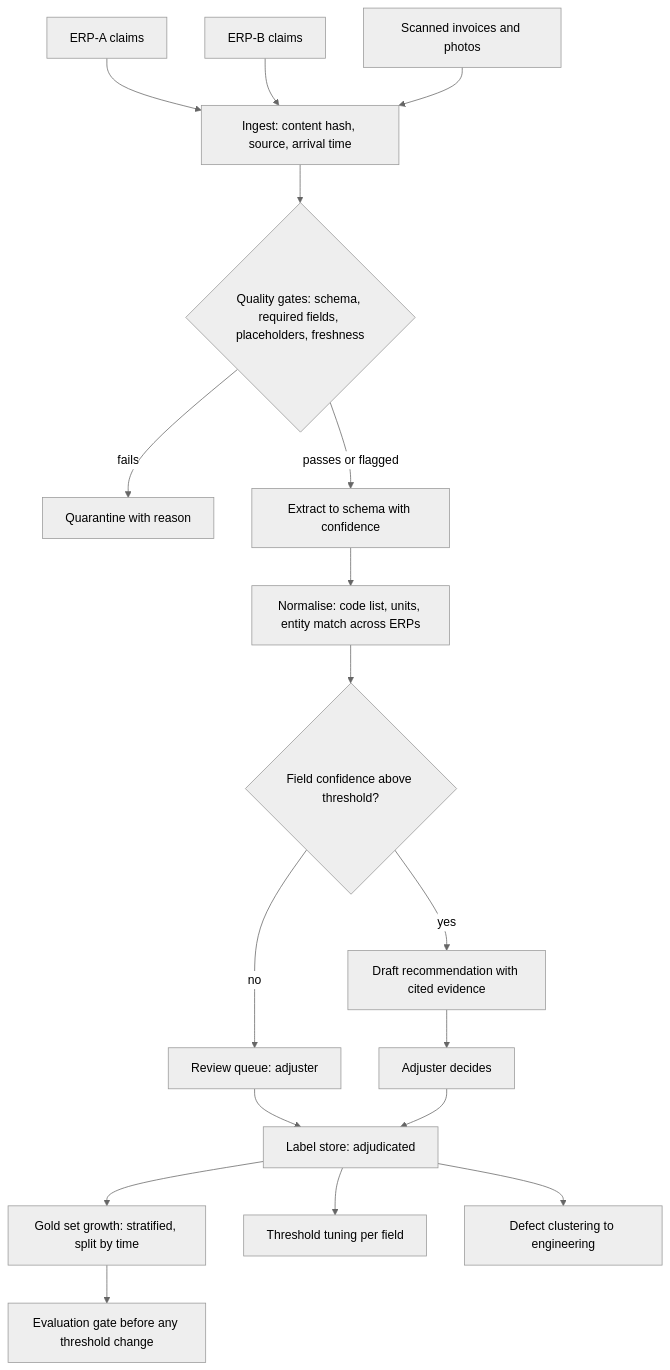
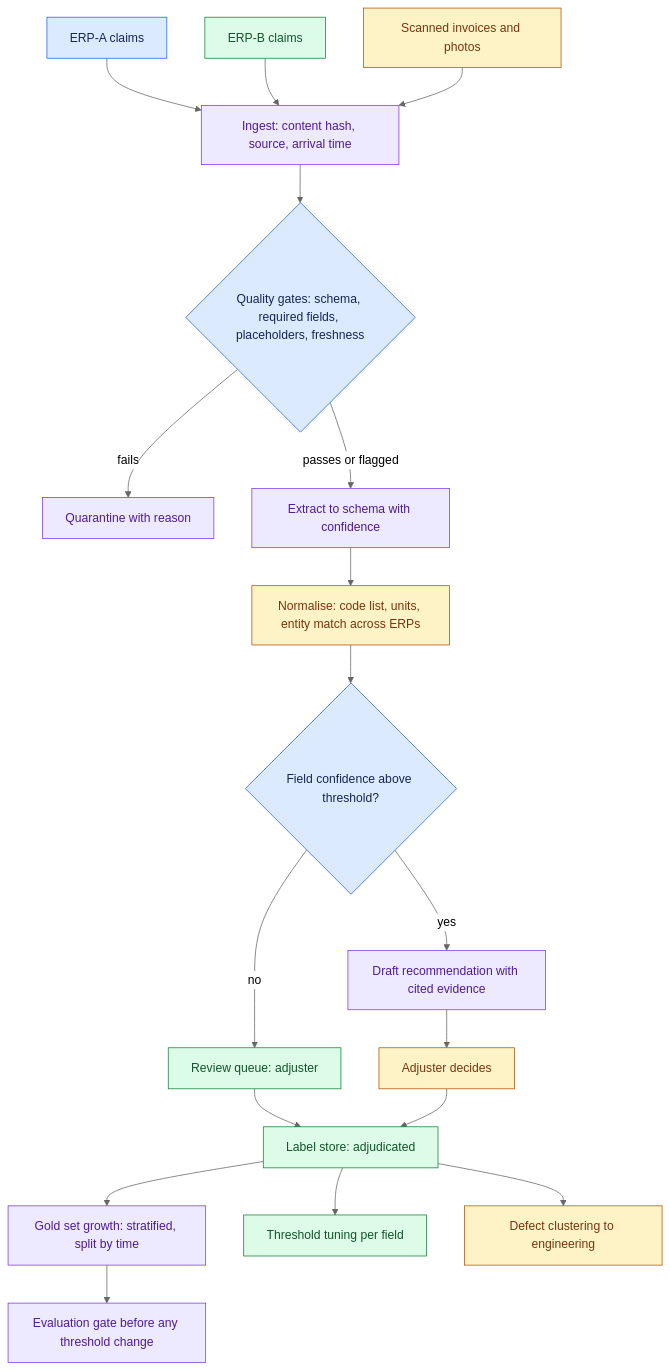
The second of 2 diagrams in site/content/modules/15-fde-case-studies/judgement-and-decomposition/build-when-customer-data-is-poor/guide-part-2.md (Sourav692/Forward-Deployed-Engineer-Interview-Prep), drawn with Mermaid (neutral theme) before and after one commit. The commit also changed other lines of this file and 1268 other files, not shown here.

First line of the commit message:
content: polish Casebook writing and Mermaid diagrams (#251)

````diff
--- a/site/content/modules/15-fde-case-studies/judgement-and-decomposition/build-when-customer-data-is-poor/guide-part-2.md
+++ b/site/content/modules/15-fde-case-studies/judgement-and-decomposition/build-when-customer-data-is-poor/guide-part-2.md
@@ -76,20 +95,30 @@
 ```mermaid
 flowchart TD
     A[ERP-A claims] --> I[Ingest: content hash, source, arrival time]
     B[ERP-B claims] --> I
     S[Scanned invoices and photos] --> I
     I --> V{Quality gates: schema, required fields, placeholders, freshness}
     V -- fails --> Q[Quarantine with reason]
     V -- passes or flagged --> X[Extract to schema with confidence]
     X --> N[Normalise: code list, units, entity match across ERPs]
     N --> C{Field confidence above threshold?}
     C -- yes --> D[Draft recommendation with cited evidence]
     C -- no --> R[Review queue: adjuster]
     D --> AD[Adjuster decides]
     R --> L[Label store: adjudicated]
     AD --> L
     L --> G[Gold set growth: stratified, split by time]
     L --> T[Threshold tuning per field]
     L --> K[Defect clustering to engineering]
     G --> E[Evaluation gate before any threshold change]
+
+    %% Casebook colours: entry, reasoning, results, controls, and stopped paths.
+    classDef cbInput fill:#dbeafe,stroke:#2563eb,color:#172554
+    class A,V,C cbInput
+    classDef cbReason fill:#ede9fe,stroke:#7c3aed,color:#4c1d95
+    class I,Q,X,D,G,E cbReason
+    classDef cbAction fill:#dcfce7,stroke:#15803d,color:#14532d
+    class B,R,L,T cbAction
+    classDef cbPolicy fill:#fef3c7,stroke:#b45309,color:#78350f
+    class S,N,AD,K cbPolicy
 ```
````
